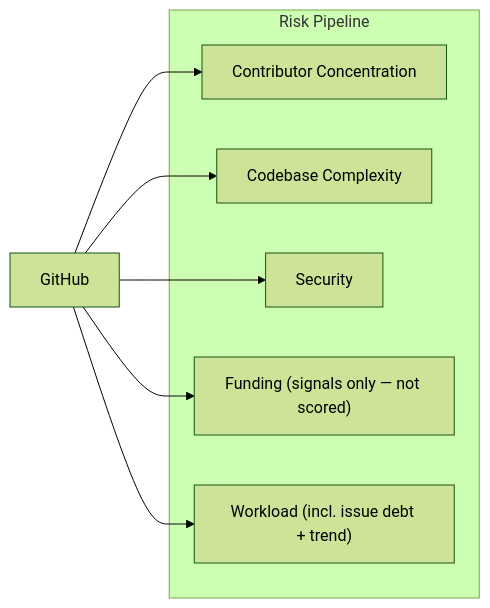
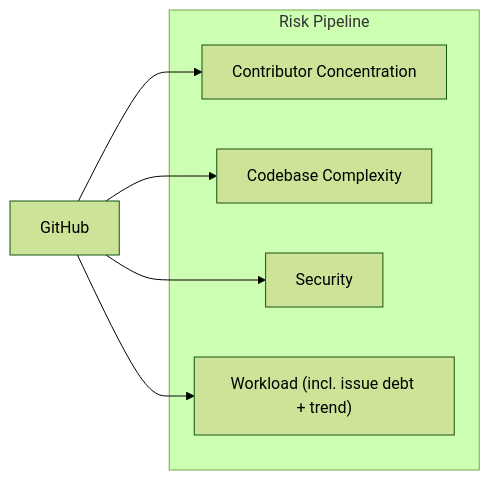
Before and after one commit to osendowment/model: the diagram in docs/risk.md, drawn with Mermaid (forest theme). The commit also changed other lines of this file and 9 other files, not shown here.

````diff
--- a/docs/risk.md
+++ b/docs/risk.md
@@ -92,18 +87,16 @@
 ```mermaid
 graph LR
     github["GitHub"]
 
     subgraph Risk["Risk Pipeline"]
         concentration["Contributor Concentration"]
         complexity["Codebase Complexity"]
         security["Security"]
-        funding["Funding (signals only — not scored)"]
         workload["Workload (incl. issue debt + trend)"]
     end
 
     github --> concentration
     github --> complexity
     github --> security
-    github --> funding
     github --> workload
 ```
````
